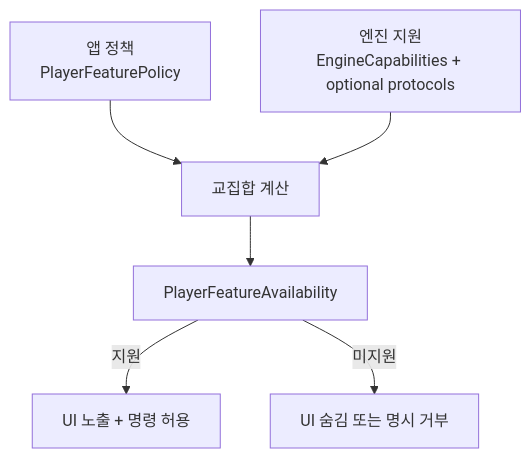
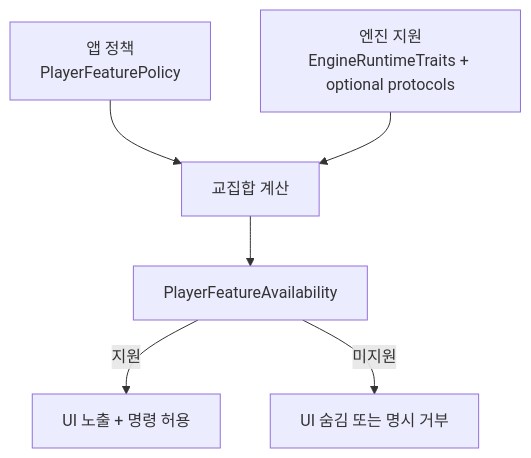
Before and after one commit to megastudymobile/ms-videoplayer-ios: diagram 14 of 21 in docs/presentation/player-module-review-ios-visual-guide.md, drawn with Mermaid. The commit also changed other lines of this file and 3 other files, not shown here.

````diff
--- a/docs/presentation/player-module-review-ios-visual-guide.md
+++ b/docs/presentation/player-module-review-ios-visual-guide.md
@@ -586,8 +586,8 @@
 ```mermaid
 flowchart TB
     Policy[앱 정책<br/>PlayerFeaturePolicy] --> Intersect[교집합 계산]
-    Capability[엔진 지원<br/>EngineCapabilities + optional protocols] --> Intersect
+    Capability[엔진 지원<br/>EngineRuntimeTraits + optional protocols] --> Intersect
     Intersect --> Available[PlayerFeatureAvailability]
     Available -->|지원| Show[UI 노출 + 명령 허용]
     Available -->|미지원| Hide[UI 숨김 또는 명시 거부]
 ```
````
